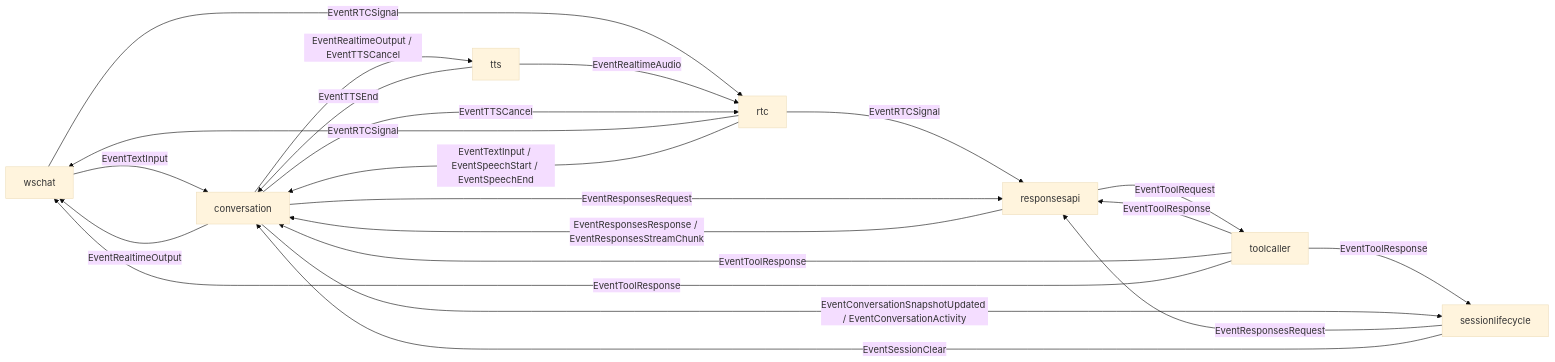
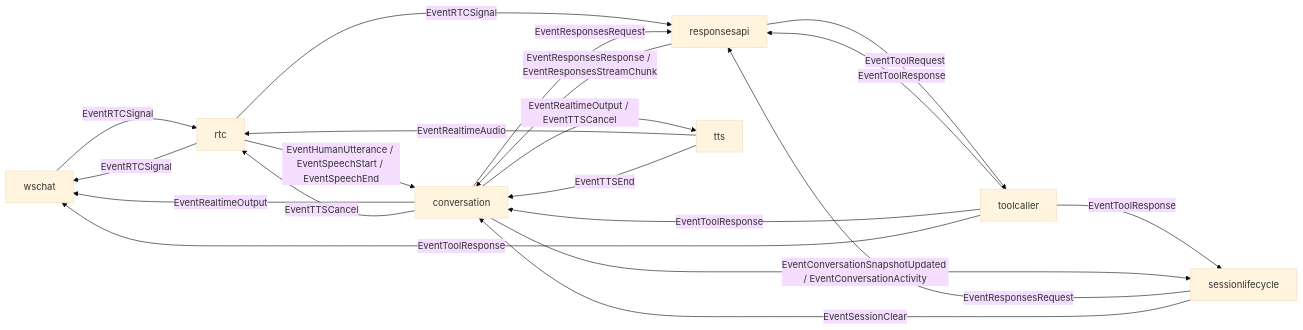
One commit to tetetratra/smart-speaker changed the second of 2 diagrams in docs/architecture.md. Above: the diagram before and after it, drawn with Mermaid (base theme). The commit also changed other lines of this file and 15 other files, not shown here.

````diff
--- a/docs/architecture.md
+++ b/docs/architecture.md
@@ -51,37 +51,36 @@
 ```mermaid
 flowchart LR
   WS["wschat"]
   CONV["conversation"]
   RESP["responsesapi"]
   TOOL["toolcaller"]
   TTS["tts"]
   RTC["rtc"]
   LIFE["sessionlifecycle"]
 
-  WS -->|EventTextInput| CONV
   CONV -->|EventRealtimeOutput| WS
 
   WS -->|EventRTCSignal| RTC
   RTC -->|EventRTCSignal| WS
 
-  RTC -->|EventTextInput / EventSpeechStart / EventSpeechEnd| CONV
+  RTC -->|EventHumanUtterance / EventSpeechStart / EventSpeechEnd| CONV
   RTC -->|EventRTCSignal| RESP
 
   CONV -->|EventResponsesRequest| RESP
   RESP -->|EventResponsesResponse / EventResponsesStreamChunk| CONV
 
   RESP -->|EventToolRequest| TOOL
   TOOL -->|EventToolResponse| RESP
   TOOL -->|EventToolResponse| CONV
   TOOL -->|EventToolResponse| WS
   TOOL -->|EventToolResponse| LIFE
 
   CONV -->|EventRealtimeOutput / EventTTSCancel| TTS
   TTS -->|EventRealtimeAudio| RTC
   TTS -->|EventTTSEnd| CONV
   CONV -->|EventTTSCancel| RTC
 
   CONV -->|EventConversationSnapshotUpdated / EventConversationActivity| LIFE
   LIFE -->|EventResponsesRequest| RESP
   LIFE -->|EventSessionClear| CONV
 ```
````
